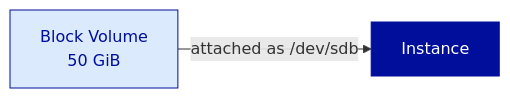
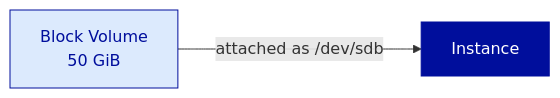
Before and after one commit to trippinguy26/ovhcloud-pcca-content: the second of 6 diagrams in modules/module-2-1/slides.md, drawn with Mermaid. The commit also changed other lines of this file and 14 other files, not shown here.

````diff
--- a/modules/module-2-1/slides.md
+++ b/modules/module-2-1/slides.md
@@ -306,9 +306,9 @@
 ```mermaid {scale: 0.6}
 %%{init: {'flowchart': {'nodeSpacing': 25, 'rankSpacing': 25}}}%%
 flowchart LR
     VOL[Block Volume<br/>50 GiB]:::vol
-    VOL -->|attached as /dev/sdb| INST[Instance]:::inst
+    VOL ---->|attached as /dev/sdb| INST[Instance]:::inst
 
     classDef vol fill:#DCEAFD,stroke:#000E9C,color:#000E9C
     classDef inst fill:#000E9C,stroke:#000E9C,color:#FFFFFF
 ```
````
